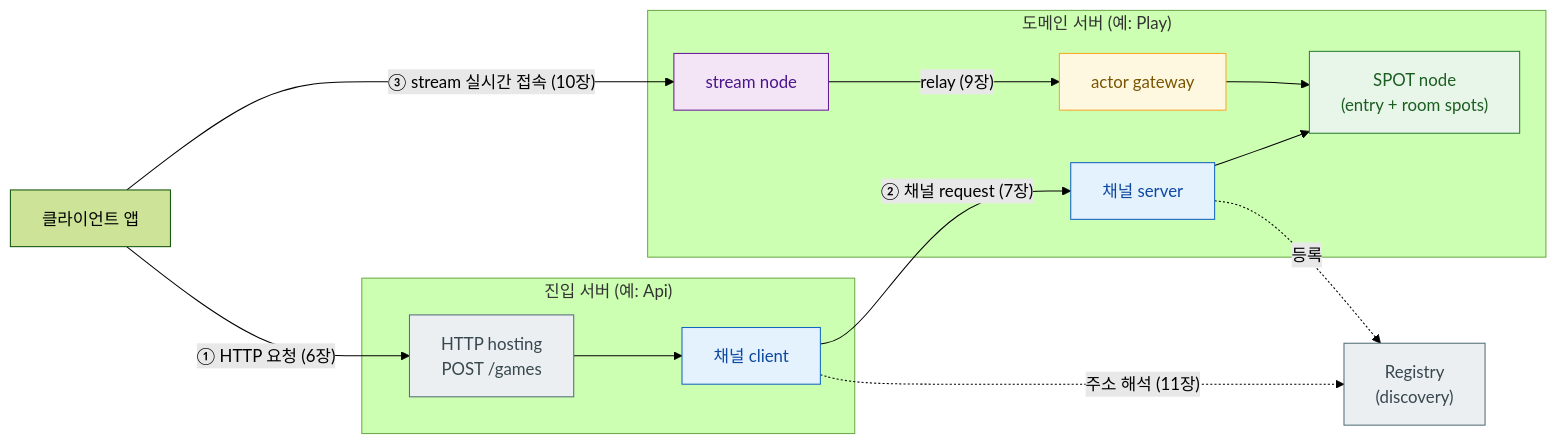
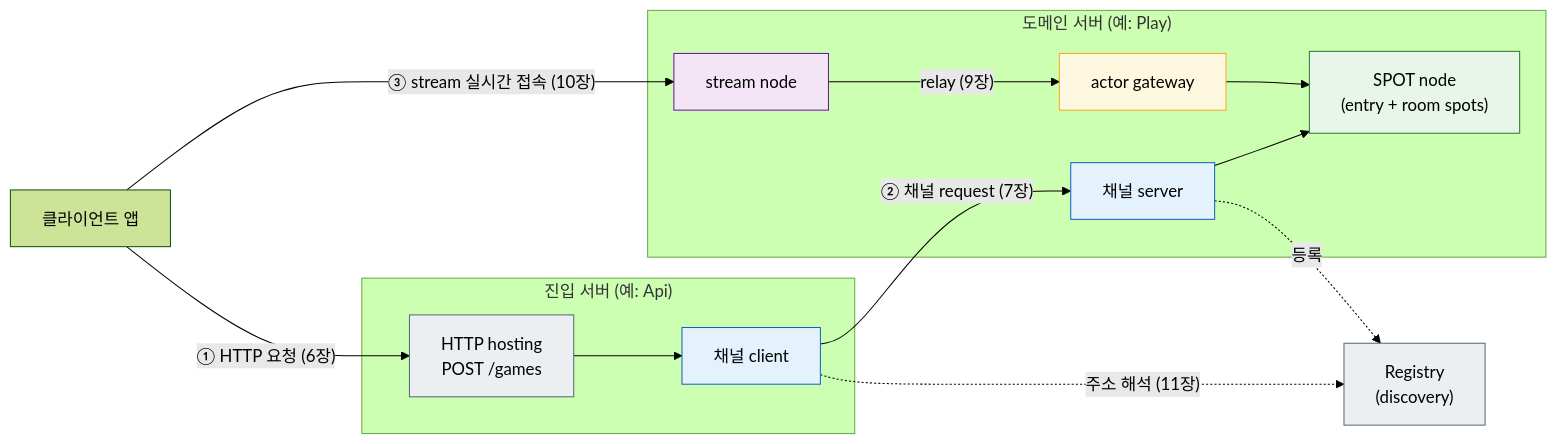
The diagram in framework/languages/cpp/doc/guide/01-overview.ko.md (kairos-code-dev/zlink), drawn with Mermaid (forest theme) before and after one commit. The commit also changed 6 other files, not shown here.

First line of the commit message:
docs(cpp): set diagram node text to black for legibility

````diff
--- a/framework/languages/cpp/doc/guide/01-overview.ko.md
+++ b/framework/languages/cpp/doc/guide/01-overview.ko.md
@@ -210,30 +210,30 @@
 ```mermaid
 flowchart LR
     Client["클라이언트 앱"]
     subgraph Api["진입 서버 (예: Api)"]
         HTTP["HTTP hosting<br/>POST /games"]:::infra
         ApiC["채널 client"]:::channel
     end
     subgraph Core["도메인 서버 (예: Play)"]
         CoreS["채널 server"]:::channel
         SpotN["SPOT node<br/>(entry + room spots)"]:::spot
         StreamN["stream node"]:::stream
         ActorG["actor gateway"]:::actor
     end
     Registry["Registry<br/>(discovery)"]:::infra
 
     Client -- "① HTTP 요청 (6장)" --> HTTP
     HTTP --> ApiC
     ApiC -- "② 채널 request (7장)" --> CoreS
     CoreS --> SpotN
     Client -- "③ stream 실시간 접속 (10장)" --> StreamN
     StreamN -- "relay (9장)" --> ActorG --> SpotN
     ApiC -.->|"주소 해석 (11장)"| Registry
     CoreS -.->|등록| Registry
 
-    classDef channel fill:#e3f2fd,stroke:#1565c0,color:#0d47a1
-    classDef spot fill:#e8f5e9,stroke:#2e7d32,color:#1b5e20
-    classDef actor fill:#fff8e1,stroke:#f9a825,color:#795500
-    classDef stream fill:#f3e5f5,stroke:#6a1b9a,color:#4a148c
-    classDef infra fill:#eceff1,stroke:#546e7a,color:#37474f
+    classDef channel fill:#e3f2fd,stroke:#1565c0,color:#000000
+    classDef spot fill:#e8f5e9,stroke:#2e7d32,color:#000000
+    classDef actor fill:#fff8e1,stroke:#f9a825,color:#000000
+    classDef stream fill:#f3e5f5,stroke:#6a1b9a,color:#000000
+    classDef infra fill:#eceff1,stroke:#546e7a,color:#000000
 ```
````
